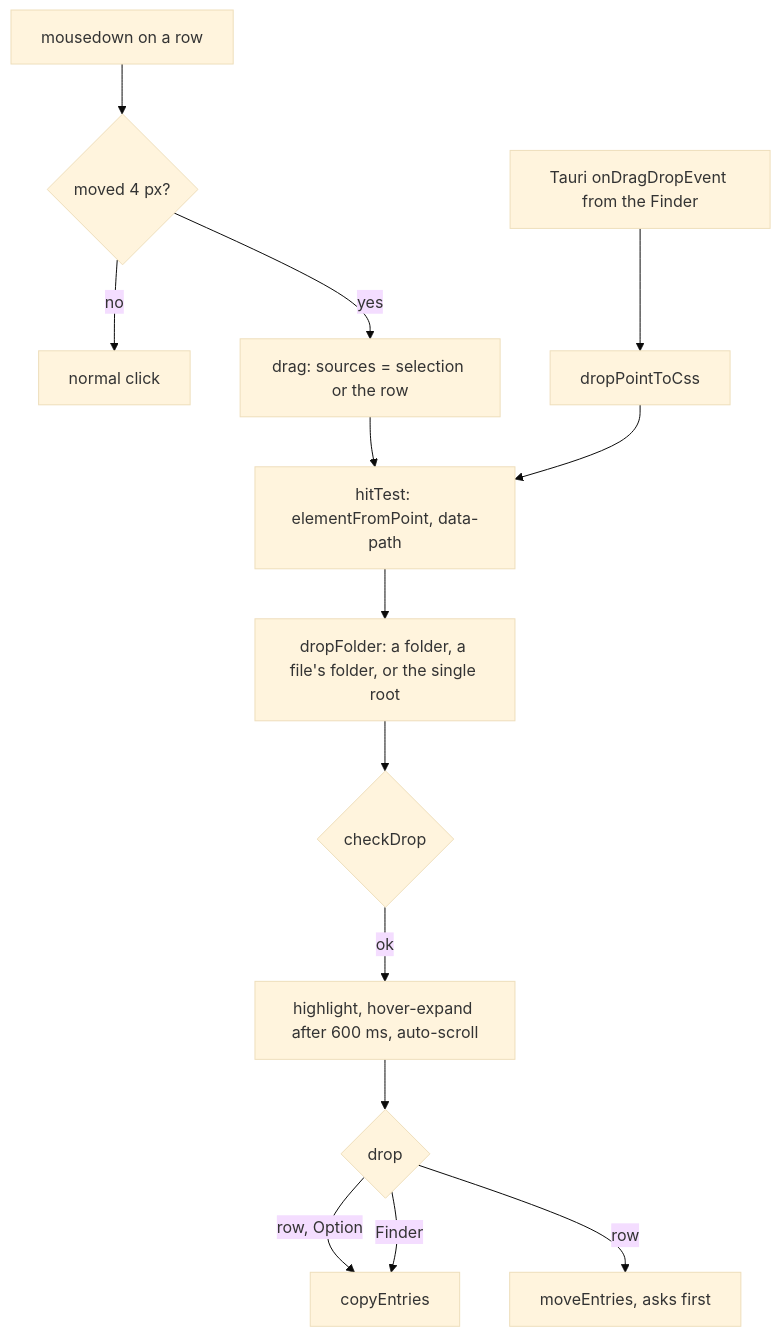
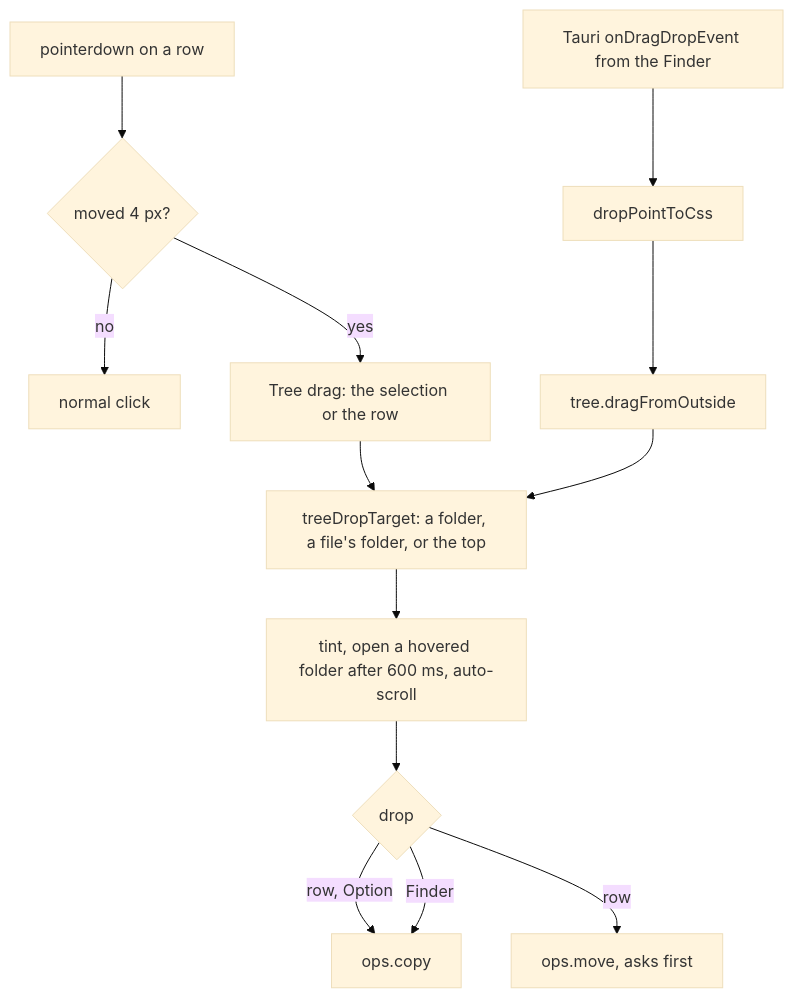
One commit to shibbirweb/git-manager changed the second of 2 diagrams in docs/wiki/developer/How-File-Operations-Work.md. Above: the diagram before and after it, drawn with Mermaid (base theme). The commit also changed other lines of this file and 453 other files, not shown here.

````diff
--- a/docs/wiki/developer/How-File-Operations-Work.md
+++ b/docs/wiki/developer/How-File-Operations-Work.md
@@ -48,16 +48,15 @@
 ```mermaid
 flowchart TD
-  Down["mousedown on a row"] --> Far{"moved 4 px?"}
+  Down["pointerdown on a row"] --> Far{"moved 4 px?"}
   Far -->|no| Click["normal click"]
-  Far -->|yes| Drag["drag: sources = selection or the row"]
+  Far -->|yes| Drag["Tree drag: the selection or the row"]
   Finder["Tauri onDragDropEvent from the Finder"] --> Point["dropPointToCss"]
-  Drag --> Hit["hitTest: elementFromPoint, data-path"]
-  Point --> Hit
-  Hit --> Target["dropFolder: a folder, a file's folder, or the single root"]
-  Target --> Check{"checkDrop"}
-  Check -->|ok| Show["highlight, hover-expand after 600 ms, auto-scroll"]
+  Point --> Outside["tree.dragFromOutside"]
+  Drag --> Target["treeDropTarget: a folder, a file's folder, or the top"]
+  Outside --> Target
+  Target --> Show["tint, open a hovered folder after 600 ms, auto-scroll"]
   Show --> Drop{"drop"}
-  Drop -->|row, Option| CopyIt["copyEntries"]
-  Drop -->|row| MoveIt["moveEntries, asks first"]
+  Drop -->|row, Option| CopyIt["ops.copy"]
+  Drop -->|row| MoveIt["ops.move, asks first"]
   Drop -->|Finder| CopyIt
 ```
````
